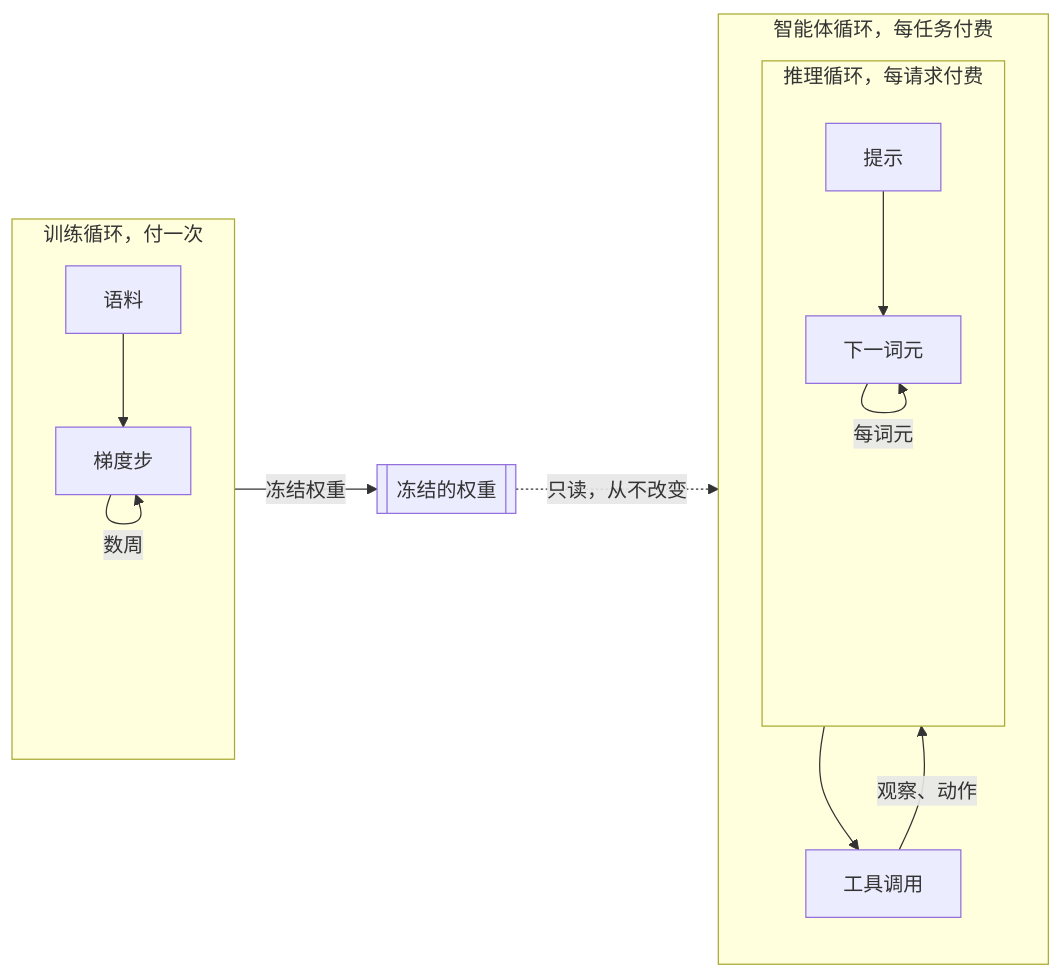
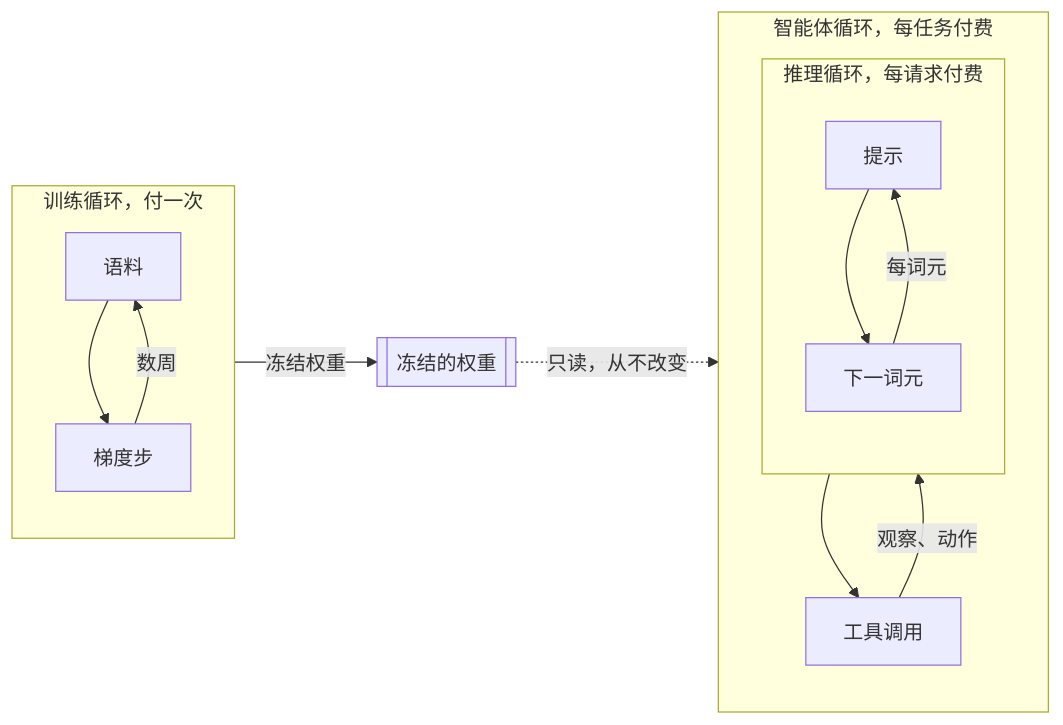
The second of 3 diagrams in zh/p0-orientation/01-whole-stack.qmd (latere-ai/ai-as-an-infrastructure), drawn with Mermaid before and after one commit. The commit also changed 109 other files, not shown here.

````diff
--- a/zh/p0-orientation/01-whole-stack.qmd
+++ b/zh/p0-orientation/01-whole-stack.qmd
@@ -51,22 +51,22 @@
 ```{mermaid}
 %%| label: fig-whole-stack-loops
 %%| fig-cap: "三个嵌套的循环。训练循环运行一次并冻结权重。每个推理循环读取那些冻结的权重，并按请求付费。智能体循环每个任务裹入多次推理循环。成本按每个循环运行的节奏付出。"
 flowchart LR
   subgraph TR["训练循环，付一次"]
     direction TB
     corpus["语料"] --> grad["梯度步"]
-    grad -->|"数周"| grad
+    grad -->|"数周"| corpus
   end
   TR -->|"冻结权重"| W[["冻结的权重"]]
   subgraph AG["智能体循环，每任务付费"]
     direction TB
     subgraph INF["推理循环，每请求付费"]
       direction TB
       prompt["提示"] --> tok["下一词元"]
-      tok -->|"每词元"| tok
+      tok -->|"每词元"| prompt
     end
     INF --> tool["工具调用"]
     tool -->|"观察、动作"| INF
   end
   W -.->|"只读，从不改变"| INF
 ```
````
